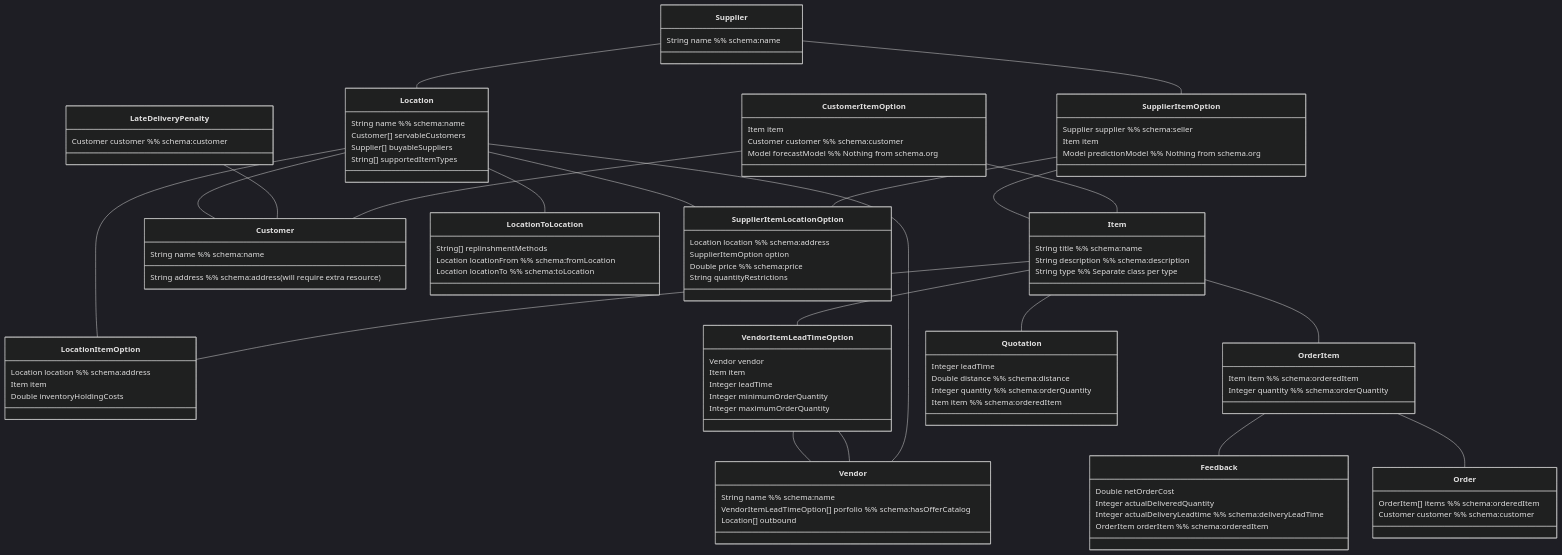
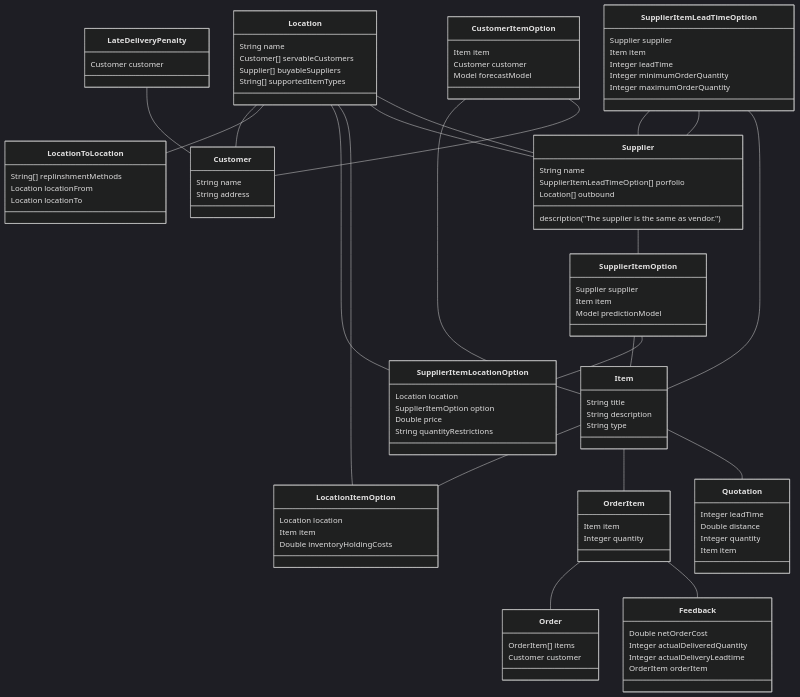
Before and after one commit to KNowledgeOnWebScale/supply-chain-data-model: the diagram in diagram.md, drawn with Mermaid (dark theme). The commit also changed 2 other files, not shown here.

Commit message:
replace vendor with supplier

```diff
--- a/diagram.md
+++ b/diagram.md
@@ -2,34 +2,33 @@
 classDiagram
   direction BT
 
-  %% schema:Product
   class Item {
-    String title %% schema:name
-    String description %% schema:description
-    String type %% Separate class per type
+    String title
+    String description
+    String type
   }
 
   Item -- CustomerItemOption
   Item -- SupplierItemOption
 
-  %% io:Customer and (schema:Person or schema:Organization)
   class Customer {
-    String name %% schema:name
-    String address %% schema:address (will require extra resource)
+    String name
+    String address
   }
 
   Customer -- CustomerItemOption
   Customer -- LateDeliveryPenalty
   Customer -- Location
 
-  %% frapo:Supplier and schema:Organization
   class Supplier {
-    String name %% schema:name
+    String name
+    SupplierItemLeadTimeOption[] porfolio
+    Location[] outbound
+    description("The supplier is the same as vendor.")
   }
 
-  %% schema:Place
   class Location {
-    String name %% schema:name
+    String name
     Customer[] servableCustomers
     Supplier[] buyableSuppliers
     String[] supportedItemTypes
@@ -39,35 +38,34 @@
 
   class CustomerItemOption {
     Item item
-    Customer customer %% schema:customer
-    Model forecastModel %% Nothing from schema.org
+    Customer customer
+    Model forecastModel
   }
 
-  %% schema:Offer
   class SupplierItemOption {
-    Supplier supplier %% schema:seller
+    Supplier supplier
     Item item 
-    Model predictionModel %% Nothing from schema.org
+    Model predictionModel
   }
 
   SupplierItemOption -- Supplier
 
   class LateDeliveryPenalty {
-    Customer customer %% schema:customer
+    Customer customer
   }
 
   class LocationToLocation {
     String[] replinshmentMethods
-    Location locationFrom %% schema:fromLocation
-    Location locationTo %% schema:toLocation
+    Location locationFrom
+    Location locationTo
   }
 
   LocationToLocation -- Location
 
   class SupplierItemLocationOption {
-    Location location %% schema:address
+    Location location
     SupplierItemOption option
-    Double price %% schema:price
+    Double price
     String quantityRestrictions
   }
 
@@ -75,7 +73,7 @@
   SupplierItemLocationOption -- Location
 
   class LocationItemOption {
-    Location location %% schema:address
+    Location location
     Item item
     Double inventoryHoldingCosts
   }
@@ -83,59 +81,48 @@
   LocationItemOption -- Item
   LocationItemOption -- Location
 
-  %% schema:Order
   class Order {
-    OrderItem[] items %% schema:orderedItem
-    Customer customer %% schema:customer
+    OrderItem[] items
+    Customer customer
   }
 
   Order -- OrderItem
 
-  %% schema:OrderItem
   class OrderItem {
-    Item item %% schema:orderedItem
-    Integer quantity %% schema:orderQuantity
+    Item item
+    Integer quantity
   }
 
   OrderItem -- Item
-
-  %% frapo:Vendor
-  class Vendor {
-    String name %% schema:name
-    VendorItemLeadTimeOption[] porfolio %% schema:hasOfferCatalog
-    Location[] outbound
-  }
   
-  Vendor -- Location
-  Vendor -- VendorItemLeadTimeOption
+  Supplier -- Location
+  Supplier -- SupplierItemLeadTimeOption
   
-  class VendorItemLeadTimeOption {
-    Vendor vendor
+  class SupplierItemLeadTimeOption {
+    Supplier supplier
     Item item
     Integer leadTime
     Integer minimumOrderQuantity
     Integer maximumOrderQuantity
   }
   
-  VendorItemLeadTimeOption -- Vendor
-  VendorItemLeadTimeOption -- Item
+  SupplierItemLeadTimeOption -- Supplier
+  SupplierItemLeadTimeOption -- Item
 
-  %% frapo:Quotation
   class Quotation {
     Integer leadTime
-    Double distance %% schema:distance 
-    Integer quantity %% schema:orderQuantity
-    Item item %% schema:orderedItem
+    Double distance
+    Integer quantity
+    Item item
   }
 
   Quotation -- Item
 
-  %% schema:ReceiveAction
   class Feedback {
     Double netOrderCost
     Integer actualDeliveredQuantity 
-    Integer actualDeliveryLeadtime %% schema:deliveryLeadTime
-    OrderItem orderItem %% schema:orderedItem
+    Integer actualDeliveryLeadtime
+    OrderItem orderItem
   }
 
   Feedback -- OrderItem
```
